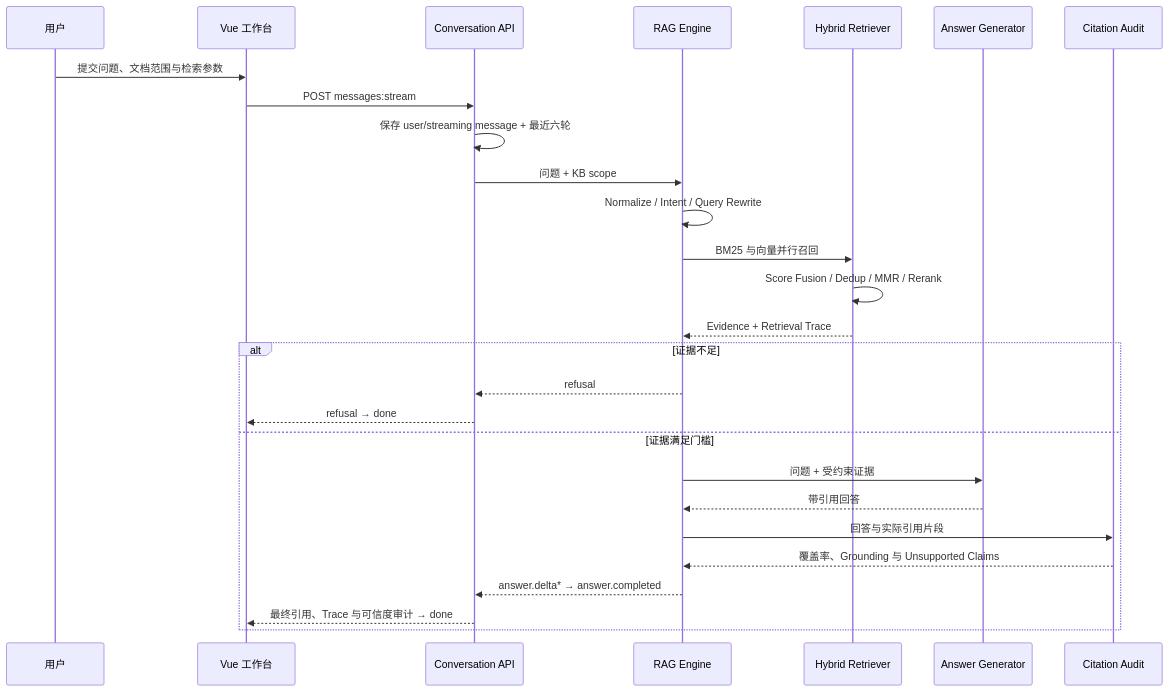
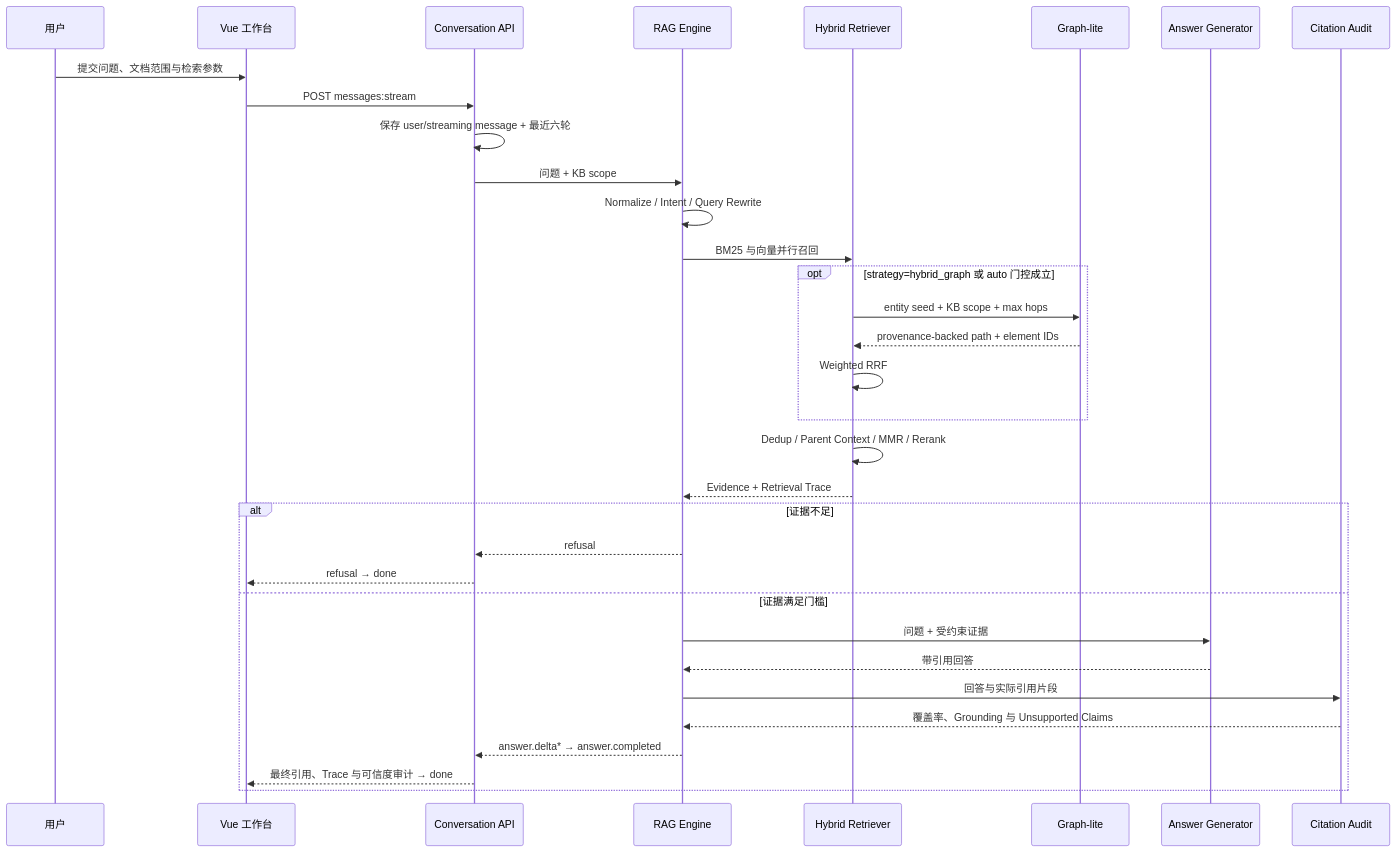
Before and after one commit to 728792899-create/personal-multimodal-rag: the third of 6 diagrams in docs/architecture.md, drawn with Mermaid. The commit also changed other lines of this file and 43 other files, not shown here.

Commit message:
feat: add provenance graph retrieval and multimodal enrichment

````diff
--- a/docs/architecture.md
+++ b/docs/architecture.md
@@ -118,30 +126,36 @@
 ```mermaid
 sequenceDiagram
   participant U as 用户
   participant W as Vue 工作台
   participant C as Conversation API
   participant E as RAG Engine
   participant R as Hybrid Retriever
+  participant GR as Graph-lite
   participant G as Answer Generator
   participant A as Citation Audit
 
   U->>W: 提交问题、文档范围与检索参数
   W->>C: POST messages:stream
   C->>C: 保存 user/streaming message + 最近六轮
   C->>E: 问题 + KB scope
   E->>E: Normalize / Intent / Query Rewrite
   E->>R: BM25 与向量并行召回
-  R->>R: Score Fusion / Dedup / MMR / Rerank
+  opt strategy=hybrid_graph 或 auto 门控成立
+    R->>GR: entity seed + KB scope + max hops
+    GR-->>R: provenance-backed path + element IDs
+    R->>R: Weighted RRF
+  end
+  R->>R: Dedup / Parent Context / MMR / Rerank
   R-->>E: Evidence + Retrieval Trace
   alt 证据不足
     E-->>C: refusal
     C-->>W: refusal → done
   else 证据满足门槛
     E->>G: 问题 + 受约束证据
     G-->>E: 带引用回答
     E->>A: 回答与实际引用片段
     A-->>E: 覆盖率、Grounding 与 Unsupported Claims
     E-->>C: answer.delta* → answer.completed
     C-->>W: 最终引用、Trace 与可信度审计 → done
   end
 ```
````
